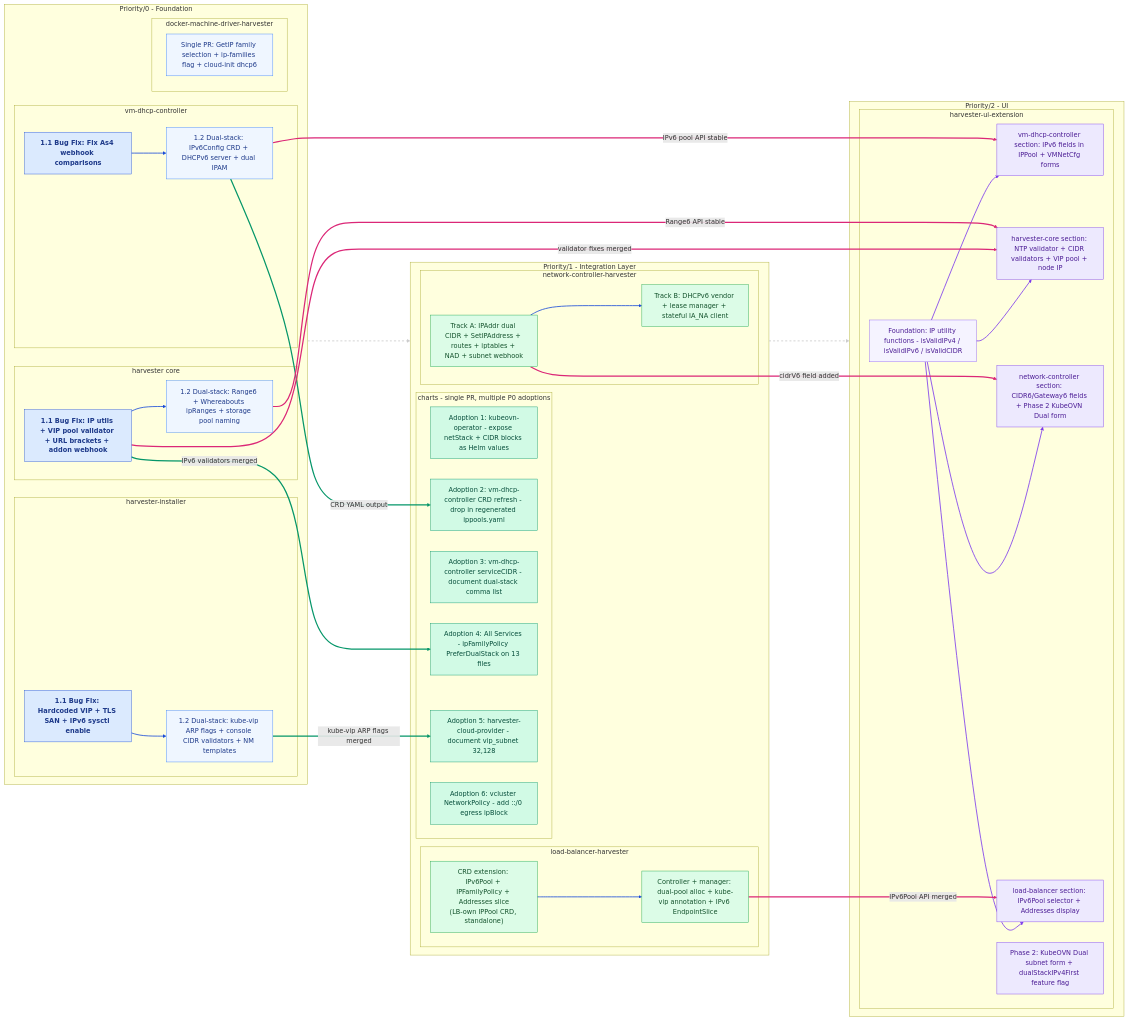
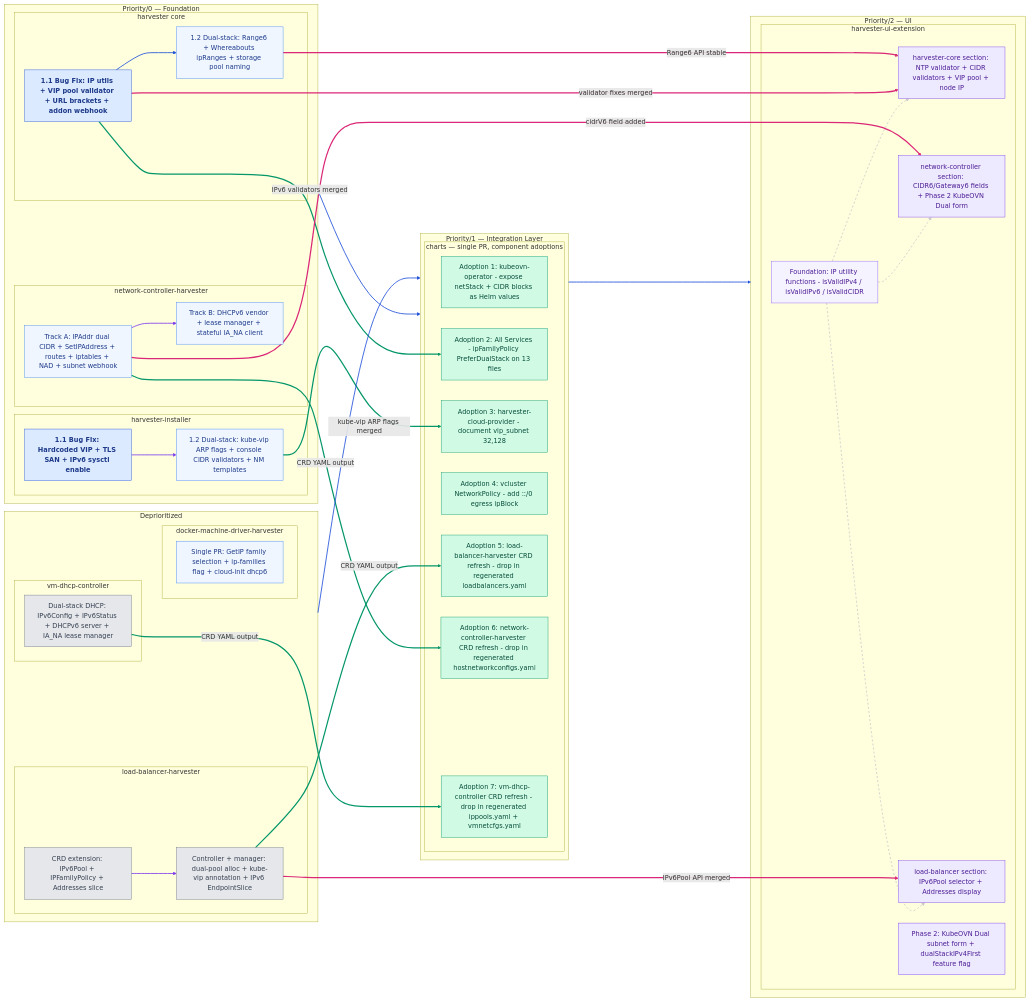
One commit to harvester/harvester changed the diagram in enhancements/20260528-dual-stack-ipv4-first.md. Above: the diagram before and after it, drawn with Mermaid. The commit also changed other lines of this file, not shown here.

````diff
--- a/enhancements/20260528-dual-stack-ipv4-first.md
+++ b/enhancements/20260528-dual-stack-ipv4-first.md
@@ -477,15 +494,11 @@
 ```mermaid
 flowchart LR
-    %% Main Priority alignment chain (forces horizontal linearity)
-    SP0 ---> SP1 ---> SP2
+    %% Structural alignment: P0 and DEPRIO side-by-side, both feeding P1, then P2
+    SP0 ===> SP1
+    SDEPRIO ===> SP1
+    SP1 ===> SP2
 
-    subgraph SP0["Priority/0 - Foundation"]
-        subgraph SDHCP["vm-dhcp-controller"]
-            SD11["1.1 Bug Fix: Fix As4 webhook comparisons"]
-            SD12["1.2 Dual-stack: IPv6Config CRD + DHCPv6 server + dual IPAM"]
-            SD11 --> SD12
-        end
-
+    subgraph SP0["Priority/0 — Foundation"]
         subgraph SHARV["harvester core"]
             SH11["1.1 Bug Fix: IP utils + VIP pool validator + URL brackets + addon webhook"]
             SH12["1.2 Dual-stack: Range6 + Whereabouts ipRanges + storage pool naming"]
@@ -498,27 +511,6 @@
             SI11 --> SI12
         end
 
-        subgraph SDMD["docker-machine-driver-harvester"]
-            SDMD1["Single PR: GetIP family selection + ip-families flag + cloud-init dhcp6"]
-        end
-    end
-
-    subgraph SP1["Priority/1 - Integration Layer"]
-        subgraph SCHARTS["charts - single PR, multiple P0 adoptions"]
-            SCA["Adoption 1: kubeovn-operator - expose netStack + CIDR blocks as Helm values"]
-            SCB["Adoption 2: vm-dhcp-controller CRD refresh - drop in regenerated ippools.yaml"]
-            SCC["Adoption 3: vm-dhcp-controller serviceCIDR - document dual-stack comma list"]
-            SCD["Adoption 4: All Services - ipFamilyPolicy PreferDualStack on 13 files"]
-            SCE["Adoption 5: harvester-cloud-provider - document vip_subnet 32,128"]
-            SCF["Adoption 6: vcluster NetworkPolicy - add ::/0 egress ipBlock"]
-        end
-
-        subgraph SLB["load-balancer-harvester"]
-            SLB1["CRD extension: IPv6Pool + IPFamilyPolicy + Addresses slice<br/>(LB-own IPPool CRD, standalone)"]
-            SLB2["Controller + manager: dual-pool alloc + kube-vip annotation + IPv6 EndpointSlice"]
-            SLB1 --> SLB2
-        end
-
         subgraph SNC["network-controller-harvester"]
             SNCA["Track A: IPAddr dual CIDR + SetIPAddress + routes + iptables + NAD + subnet webhook"]
             SNCB["Track B: DHCPv6 vendor + lease manager + stateful IA_NA client"]
@@ -526,60 +518,101 @@
         end
     end
 
-    subgraph SP2["Priority/2 - UI"]
+    subgraph SDEPRIO["Deprioritized"]
+        subgraph SLB["load-balancer-harvester"]
+            SLB1["CRD extension: IPv6Pool + IPFamilyPolicy + Addresses slice"]
+            SLB2["Controller + manager: dual-pool alloc + kube-vip annotation + IPv6 EndpointSlice"]
+            SLB1 --> SLB2
+        end
+
+        subgraph SVMDHCP["vm-dhcp-controller"]
+            SDHCP1["Dual-stack DHCP: IPv6Config + IPv6Status + DHCPv6 server + IA_NA lease manager"]
+        end
+
+        subgraph SDMD["docker-machine-driver-harvester"]
+            SDMD1["Single PR: GetIP family selection + ip-families flag + cloud-init dhcp6"]
+        end
+    end
+
+    subgraph SP1["Priority/1 — Integration Layer"]
+        subgraph SCHARTS["charts — single PR, component adoptions"]
+            SCA["Adoption 1: kubeovn-operator - expose netStack + CIDR blocks as Helm values"]
+            SCD["Adoption 2: All Services - ipFamilyPolicy PreferDualStack on 13 files"]
+            SCE["Adoption 3: harvester-cloud-provider - document vip_subnet 32,128"]
+            SCF["Adoption 4: vcluster NetworkPolicy - add ::/0 egress ipBlock"]
+            SCG["Adoption 5: load-balancer-harvester CRD refresh - drop in regenerated loadbalancers.yaml"]
+            SCH["Adoption 6: network-controller-harvester CRD refresh - drop in regenerated hostnetworkconfigs.yaml"]
+            SCI["Adoption 7: vm-dhcp-controller CRD refresh - drop in regenerated ippools.yaml + vmnetcfgs.yaml"]
+        end
+    end
+
+    subgraph SP2["Priority/2 — UI"]
         subgraph SUI["harvester-ui-extension"]
             SU_UTIL["Foundation: IP utility functions - isValidIPv4 / isValidIPv6 / isValidCIDR"]
-            SU_DHCP["vm-dhcp-controller section: IPv6 fields in IPPool + VMNetCfg forms"]
             SU_HARV["harvester-core section: NTP validator + CIDR validators + VIP pool + node IP"]
             SU_NC["network-controller section: CIDR6/Gateway6 fields + Phase 2 KubeOVN Dual form"]
             SU_LB["load-balancer section: IPv6Pool selector + Addresses display"]
             SU_P2["Phase 2: KubeOVN Dual subnet form + dualStackIPv4First feature flag"]
 
-            SU_UTIL --> SU_DHCP
             SU_UTIL --> SU_HARV
             SU_UTIL --> SU_NC
             SU_UTIL --> SU_LB
         end
     end
 
-    %% Actual cross-subgraph logic links
-    SD12 -- "CRD YAML output" --> SCB
+    %% Edge index map (in definition order):
+    %% P0 chains:           SH11→SH12(0), SI11→SI12(1), SNCA→SNCB(2)
+    %% Deprioritized chains: SLB1→SLB2(3)
+    %% UI fan-out:          SU_UTIL→SU_HARV(4), SU_UTIL→SU_NC(5), SU_UTIL→SU_LB(6)
+    %% Structural:          SP0===>SP1(7), SDEPRIO===>SP1(8), SP1===>SP2(9)
+    %% P0→P1 integrations: SH11→SCD(10), SI12→SCE(11), SNCA→SCH(12)
+    %% Deprioritized→P1:   SLB2→SCG(13), SDHCP1→SCI(14)
+    %% Long-range UI:       SH11→SU_HARV(15), SH12→SU_HARV(16), SNCA→SU_NC(17), SLB2→SU_LB(18)
+
+    %% P0 → P1: Priority/0 repos feed into charts
+    SH11 -- "IPv6 validators merged" --> SCD
     SI12 -- "kube-vip ARP flags merged" --> SCE
-    SH11 -- "IPv6 validators merged" --> SCD
+    SNCA -- "CRD YAML output" --> SCH
 
-    SD12 -- "IPv6 pool API stable" --> SU_DHCP
+    %% Deprioritized → P1: controller repos feed into charts
+    SLB2 -- "CRD YAML output" --> SCG
+    SDHCP1 -- "CRD YAML output" --> SCI
+
+    %% Long-range: backend API stable → UI section unblocked (before charts lands)
     SH11 -- "validator fixes merged" --> SU_HARV
     SH12 -- "Range6 API stable" --> SU_HARV
     SNCA -- "cidrV6 field added" --> SU_NC
     SLB2 -- "IPv6Pool API merged" --> SU_LB
 
-    classDef ext     fill:#fef3c7,stroke:#d97706,color:#78350f
     classDef p0fix   fill:#dbeafe,stroke:#1d4ed8,color:#1e3a8a,font-weight:bold
     classDef p0ext   fill:#eff6ff,stroke:#3b82f6,color:#1e3a8a
+    classDef deprio  fill:#e5e7eb,stroke:#6b7280,color:#374151
     classDef charts  fill:#d1fae5,stroke:#059669,color:#064e3b
-    classDef p1      fill:#dcfce7,stroke:#16a34a,color:#14532d
     classDef p2      fill:#ede9fe,stroke:#7c3aed,color:#4c1d95
     classDef uifound fill:#f5f3ff,stroke:#8b5cf6,color:#4c1d95
 
-    class SD11,SH11,SI11 p0fix
-    class SD12,SH12,SI12,SDMD1 p0ext
-    class SCA,SCB,SCC,SCD,SCE,SCF charts
-    class SLB1,SLB2,SNCA,SNCB p1
+    class SH11,SI11 p0fix
+    class SH12,SI12,SDMD1,SNCA,SNCB p0ext
+    class SLB1,SLB2,SDHCP1 deprio
+    class SCA,SCD,SCE,SCF,SCG,SCH,SCI charts
     class SU_UTIL uifound
-    class SU_DHCP,SU_HARV,SU_NC,SU_LB,SU_P2 p2
+    class SU_HARV,SU_NC,SU_LB,SU_P2 p2
 
-    %% Style the structural priority chain to be clean/invisible
-    linkStyle 0,1 stroke:#cccccc,stroke-width:2px,stroke-dasharray: 5 5
+    %% Structural (grey dashed)
+    linkStyle 7,8,9 stroke:#cccccc,stroke-width:2px,stroke-dasharray: 5 5
 
-    %% P0 internal: blue links (Offsetted due to top-level structural links)
-    linkStyle 2,3,4,5,6 stroke:#1d4ed8,stroke-width:2px
+    %% P0 internal: blue links (SH11→SH12, SI11→SI12, SNCA→SNCB)
+    linkStyle 0,1,2 stroke:#1d4ed8,stroke-width:2px
+
+    %% Deprioritized internal: blue links (SLB1→SLB2 only)
+    linkStyle 3 stroke:#1d4ed8,stroke-width:2px
 
     %% UI fan-out: purple links
-    linkStyle 7,8,9,10 stroke:#7c3aed,stroke-width:2px
+    linkStyle 4,5,6 stroke:#7c3aed,stroke-width:2px
 
-    %% P0 -> P1 promotions: green links
-    linkStyle 11,12,13 stroke:#059669,stroke-width:3px
+    %% All repos → charts: green links (P0: SH11→SCD, SI12→SCE, SNCA→SCH; DEPRIO: SLB2→SCG, SDHCP1→SCI)
+    linkStyle 10,11,12,13,14 stroke:#059669,stroke-width:3px
 
-    %% P0/P1 -> P2 long-range: pink links
-    linkStyle 14,15,16,17,18 stroke:#db2777,stroke-width:3px
+    %% Long-range UI: pink links
+    linkStyle 15,16,17,18 stroke:#db2777,stroke-width:3px
 ```
````
